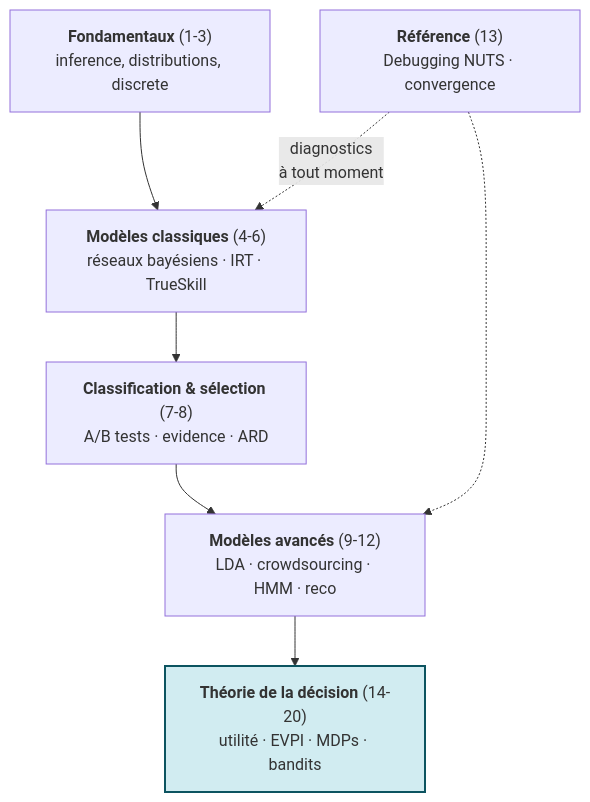
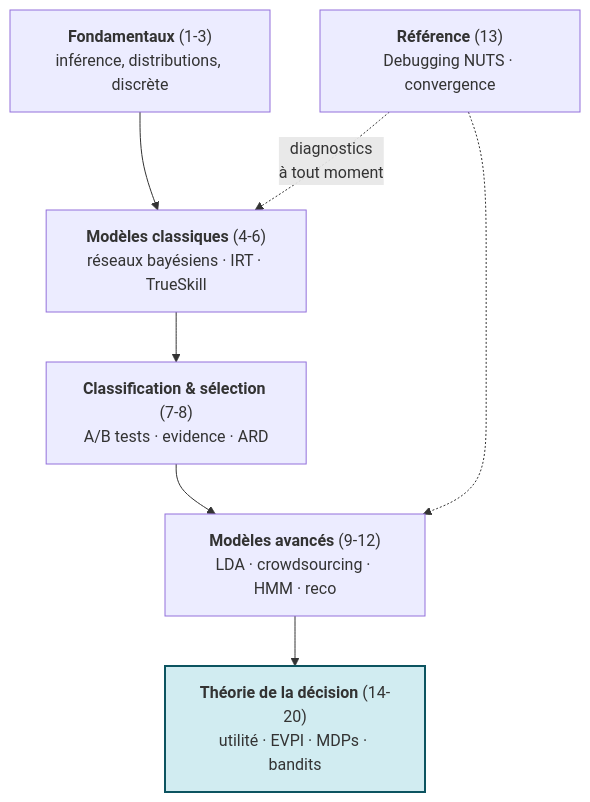
Before and after one commit to jsboige/CoursIA: the second of 2 diagrams in MyIA.AI.Notebooks/Probas/PyMC/README.md, drawn with Mermaid. The commit also changed other lines of this file, not shown here.

````diff
--- a/MyIA.AI.Notebooks/Probas/PyMC/README.md
+++ b/MyIA.AI.Notebooks/Probas/PyMC/README.md
@@ -96,15 +96,15 @@
 ```mermaid
 flowchart TD
-    P1["<b>Fondamentaux</b> (1-3)<br/>inference, distributions, discrete"]
+    P1["<b>Fondamentaux</b> (1-3)<br/>inférence, distributions, discrète"]
     P2["<b>Modèles classiques</b> (4-6)<br/>réseaux bayésiens · IRT · TrueSkill"]
     P3["<b>Classification & sélection</b> (7-8)<br/>A/B tests · evidence · ARD"]
     P4["<b>Modèles avancés</b> (9-12)<br/>LDA · crowdsourcing · HMM · reco"]
     P5["<b>Référence</b> (13)<br/>Debugging NUTS · convergence"]
     P6["<b>Théorie de la décision</b> (14-20)<br/>utilité · EVPI · MDPs · bandits"]
     P1 --> P2 --> P3 --> P4
     P4 --> P6
     P5 -.->|"diagnostics<br/>à tout moment"| P2
     P5 -.-> P4
     classDef decision fill:#d1ecf1,stroke:#0c5460,stroke-width:2px;
     class P6 decision;
 ```
````
